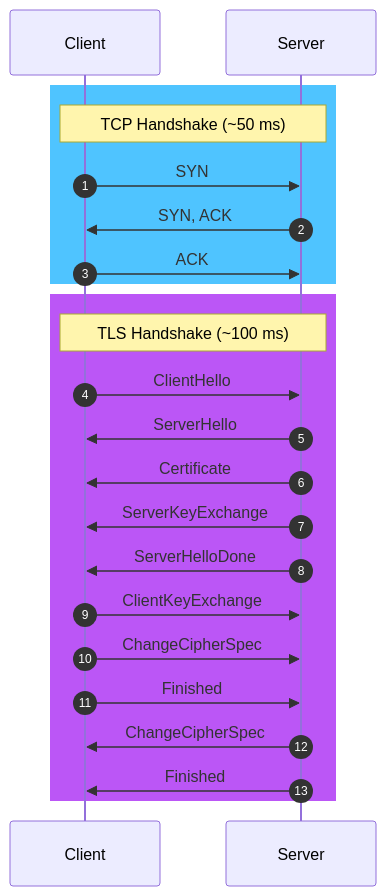
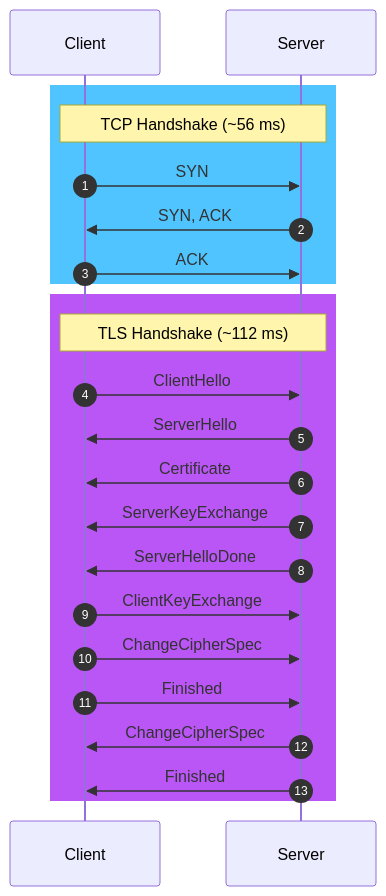
The first of 4 diagrams in Projects/Inception/tls.md (Tablerase/42_Projects), drawn with Mermaid before and after one commit. The commit also changed other lines of this file and 1 other file, not shown here.

Commit message:
docs: add info about tls and https encryptions

````diff
--- a/Projects/Inception/tls.md
+++ b/Projects/Inception/tls.md
@@ -25,27 +27,27 @@
 ```mermaid
 sequenceDiagram
   autonumber
     participant Client
     participant Server
 
     rect rgb(79, 196, 255)
-    note over Client, Server: TCP Handshake (~50 ms)
+    note over Client, Server: TCP Handshake (~56 ms)
     Client->>Server: SYN
     Server->>Client: SYN, ACK
     Client->>Server: ACK
     end
 
     rect rgb(187, 86, 246)
-    note over Client, Server: TLS Handshake (~100 ms)
+    note over Client, Server: TLS Handshake (~112 ms)
     Client->>Server: ClientHello
     Server->>Client: ServerHello
     Server->>Client: Certificate
     Server->>Client: ServerKeyExchange
     Server->>Client: ServerHelloDone
     Client->>Server: ClientKeyExchange
     Client->>Server: ChangeCipherSpec
     Client->>Server: Finished
     Server->>Client: ChangeCipherSpec
     Server->>Client: Finished
     end
 ```
````
